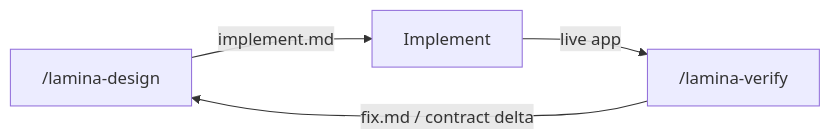
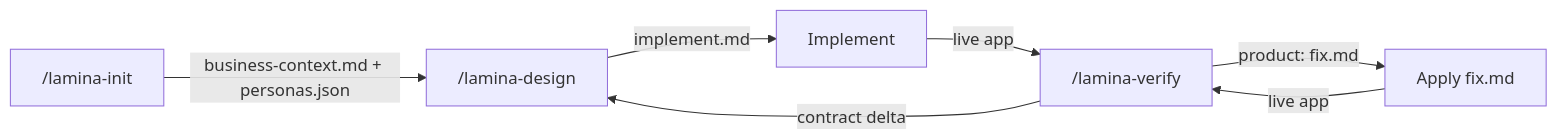
One commit to aryaniyaps/lamina changed the diagram in README.md. Above: the diagram before and after it, drawn with Mermaid. The commit also changed other lines of this file and 26 other files, not shown here.

````diff
--- a/README.md
+++ b/README.md
@@ -46,10 +71,15 @@
 ```mermaid
 flowchart LR
+  INIT["/lamina-init"]
   DESIGN["/lamina-design"]
   IMPL["Implement"]
   VERIFY["/lamina-verify"]
+  FIX["Apply fix.md"]
 
+  INIT -->|"business-context.md + personas.json"| DESIGN
   DESIGN -->|"implement.md"| IMPL
   IMPL -->|"live app"| VERIFY
-  VERIFY -->|"fix.md / contract delta"| DESIGN
+  VERIFY -->|"product: fix.md"| FIX
+  VERIFY -->|"contract delta"| DESIGN
+  FIX -->|"live app"| VERIFY
 ```
````
